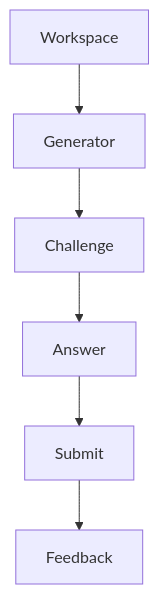
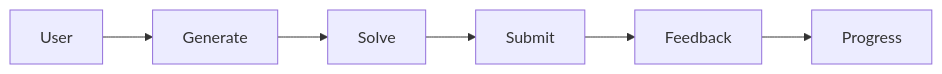
Before and after one commit to davidkhasbiya/GitGud: the third of 3 diagrams in docs/wireframes/workspace.md, drawn with Mermaid. The commit also changed 2 other files, not shown here.

````diff
--- a/docs/wireframes/workspace.md
+++ b/docs/wireframes/workspace.md
@@ -55,15 +55,15 @@
 ```mermaid
-graph TD
+flowchart LR
 
-Workspace
+    User
 
---> Generator
+    User --> Generate
 
-Generator --> Challenge
+    Generate --> Solve
 
-Challenge --> Answer
+    Solve --> Submit
 
-Answer --> Submit
+    Submit --> Feedback
 
-Submit --> Feedback
+    Feedback --> Progress
 ```
````
